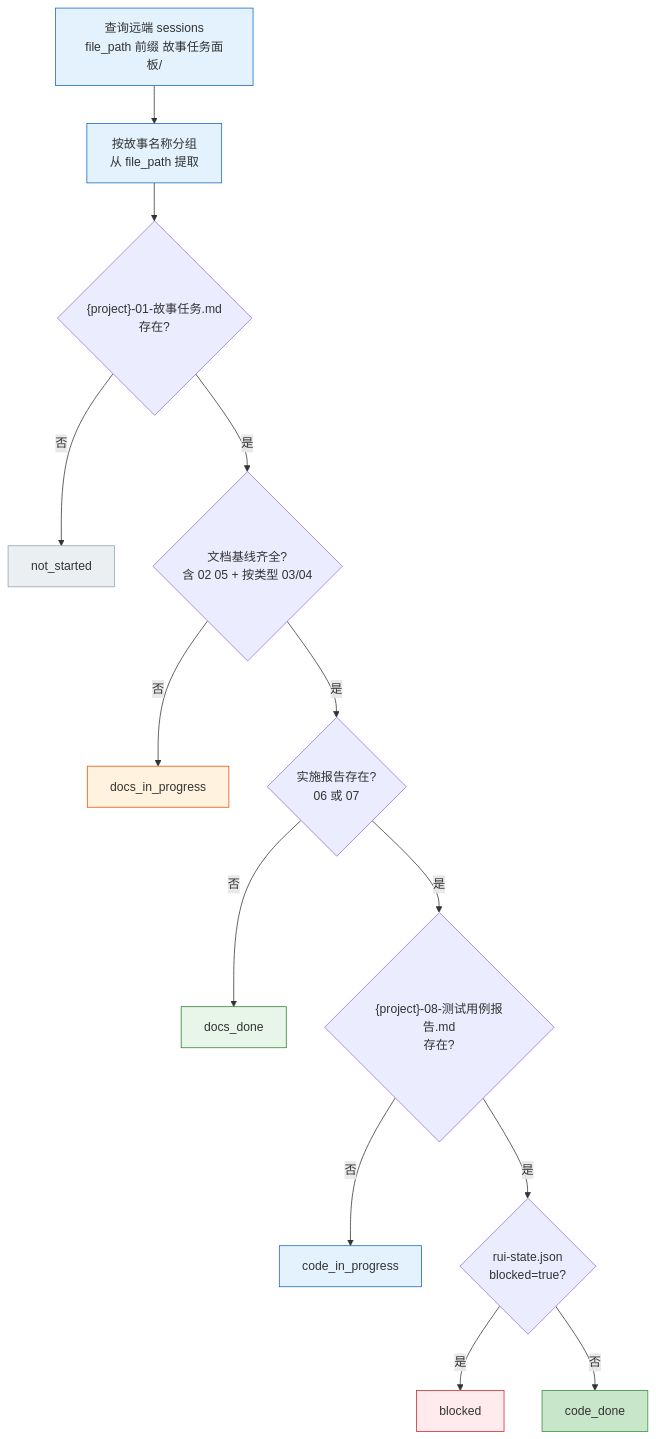
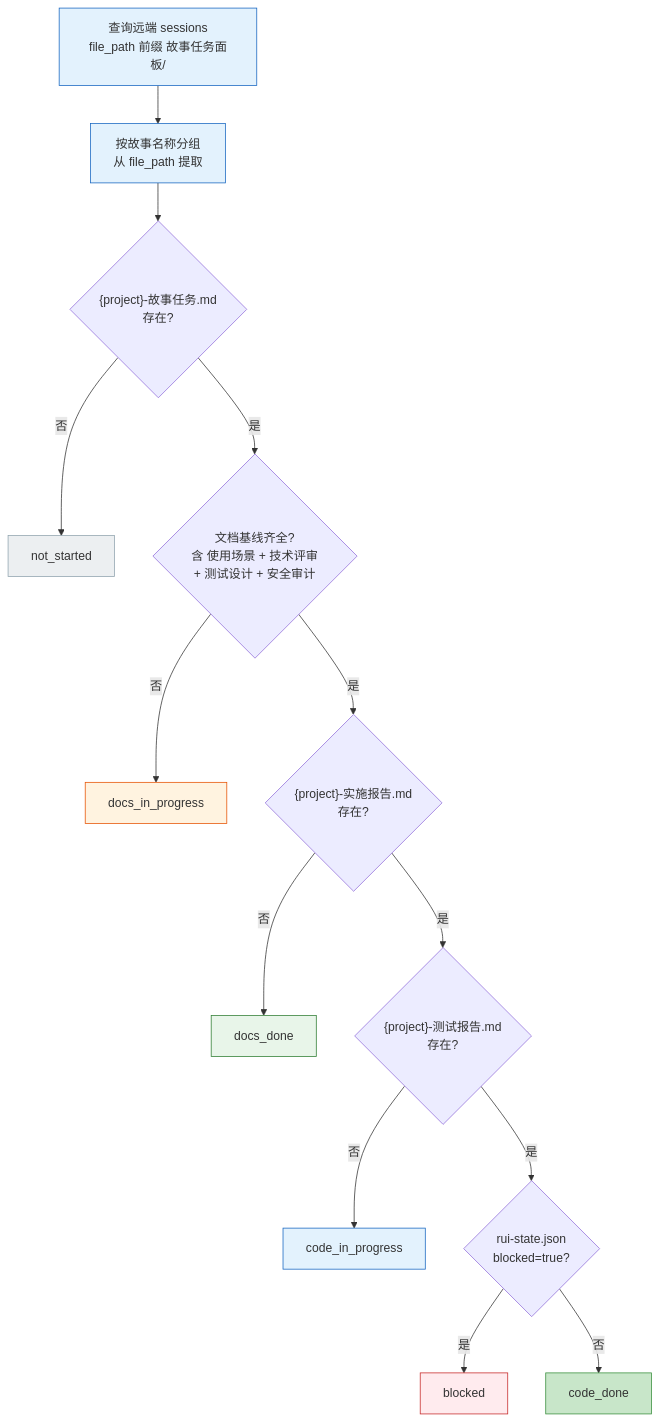
One commit to effiy/YrY changed the fourth of 13 diagrams in skills/rui-story/SKILL.md. Above: the diagram before and after it, drawn with Mermaid. The commit also changed other lines of this file and 90 other files, not shown here.

````diff
--- a/skills/rui-story/SKILL.md
+++ b/skills/rui-story/SKILL.md
@@ -108,23 +108,23 @@
 ```mermaid
 flowchart TD
     START["查询远端 sessions<br/>file_path 前缀 故事任务面板/"]:::s --> GROUP["按故事名称分组<br/>从 file_path 提取"]:::s
-    GROUP --> CHK01{"{project}-01-故事任务.md<br/>存在?"}
+    GROUP --> CHK01{"{project}-故事任务.md<br/>存在?"}
     CHK01 -->|"否"| NS["not_started"]:::s0
-    CHK01 -->|"是"| CHKDOC{"文档基线齐全?<br/>含 02 05 + 按类型 03/04"}
+    CHK01 -->|"是"| CHKDOC{"文档基线齐全?<br/>含 使用场景 + 技术评审<br/>+ 测试设计 + 安全审计"}
     CHKDOC -->|"否"| DIP["docs_in_progress"]:::s1
-    CHKDOC -->|"是"| CHKIMP{"实施报告存在?<br/>06 或 07"}
+    CHKDOC -->|"是"| CHKIMP{"{project}-实施报告.md<br/>存在?"}
     CHKIMP -->|"否"| DD["docs_done"]:::s2
-    CHKIMP -->|"是"| CHKVER{"{project}-08-测试用例报告.md<br/>存在?"}
+    CHKIMP -->|"是"| CHKVER{"{project}-测试报告.md<br/>存在?"}
     CHKVER -->|"否"| CIP["code_in_progress"]:::s3
     CHKVER -->|"是"| CHKBLK{"rui-state.json<br/>blocked=true?"}
     CHKBLK -->|"是"| BLK["blocked"]:::s5
     CHKBLK -->|"否"| CD["code_done"]:::s4
 
     classDef s fill:#e3f2fd,stroke:#1565c0;
     classDef s0 fill:#eceff1,stroke:#90a4ae;
     classDef s1 fill:#fff3e0,stroke:#e65100;
     classDef s2 fill:#e8f5e9,stroke:#2e7d32;
     classDef s3 fill:#e3f2fd,stroke:#1565c0;
     classDef s4 fill:#c8e6c9,stroke:#388e3c;
     classDef s5 fill:#ffebee,stroke:#c62828;
 ```
````
